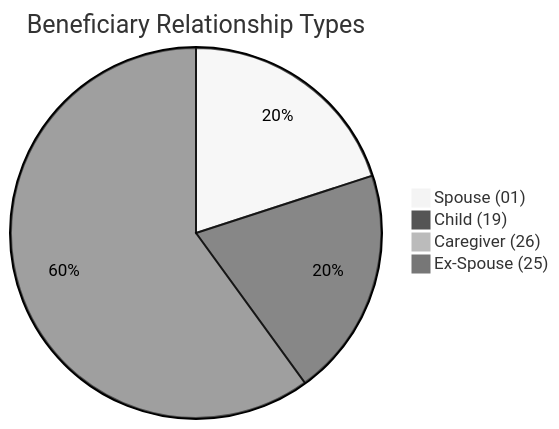
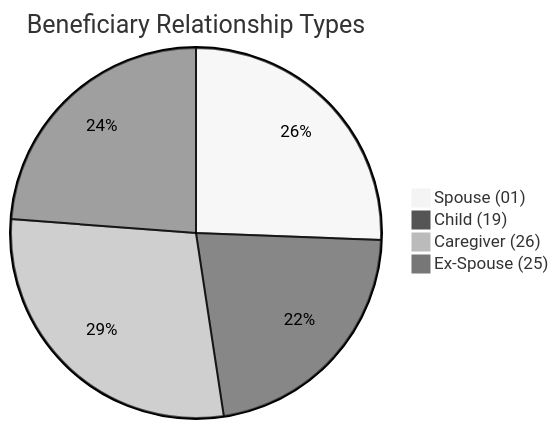
One commit to dhagan-va/intern-2025 changed the eighth of 10 diagrams in test-tools/DataGen/src/Statistics_Visualizer.md. Above: the diagram before and after it, drawn with Mermaid (neutral theme). The commit also changed other lines of this file and 4 other files, not shown here.

````diff
--- a/test-tools/DataGen/src/Statistics_Visualizer.md
+++ b/test-tools/DataGen/src/Statistics_Visualizer.md
@@ -88,7 +88,7 @@
 ```mermaid
 pie title Beneficiary Relationship Types
-    "Spouse (01)" : 1
-    "Child (19)" : 1
-    "Caregiver (26)" : 0
-    "Ex-Spouse (25)" : 3
+    "Spouse (01)" : 128
+    "Child (19)" : 110
+    "Caregiver (26)" : 143
+    "Ex-Spouse (25)" : 119
 ```
````
